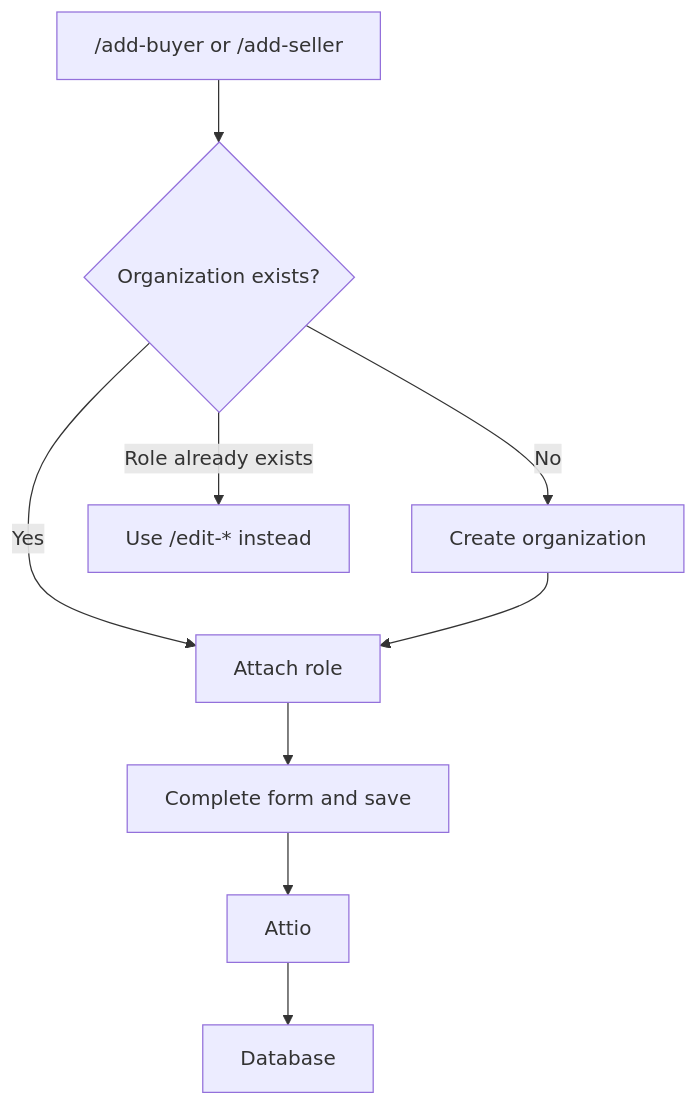
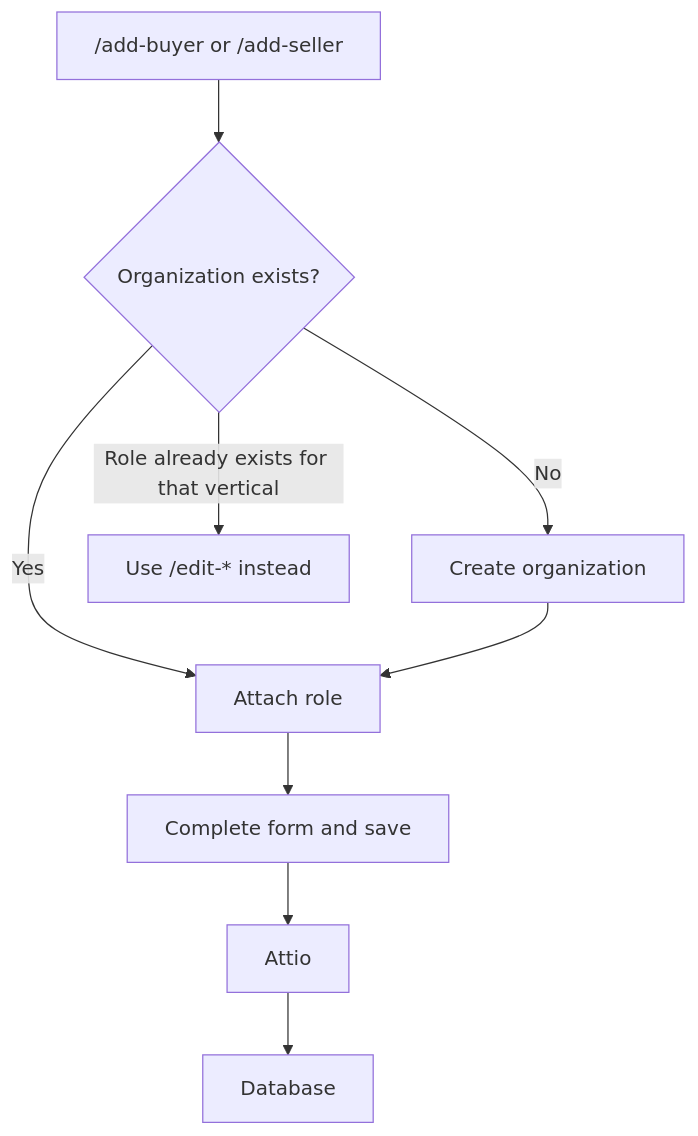
One commit to wusool-capital/wusool-infra changed the third of 4 diagrams in gitbook/user-guide/toolkit.md. Above: the diagram before and after it, drawn with Mermaid. The commit also changed other lines of this file and 21 other files, not shown here.

First line of the commit message:
feat(api): AZM-95 WP6 — vertical step in /add-buyer and /edit-buyer (#236)

````diff
--- a/gitbook/user-guide/toolkit.md
+++ b/gitbook/user-guide/toolkit.md
@@ -95,9 +96,9 @@
 ```mermaid
 flowchart TD
   add["/add-buyer or /add-seller"] --> org{"Organization exists?"}
   org -- "Yes" --> role["Attach role"]
   org -- "No" --> create["Create organization"]
   create --> role
   role --> save["Complete form and save"] --> attio["Attio"] --> database["Database"]
-  org -- "Role already exists" --> edit["Use /edit-* instead"]
+  org -- "Role already exists for that vertical" --> edit["Use /edit-* instead"]
 ```
````
